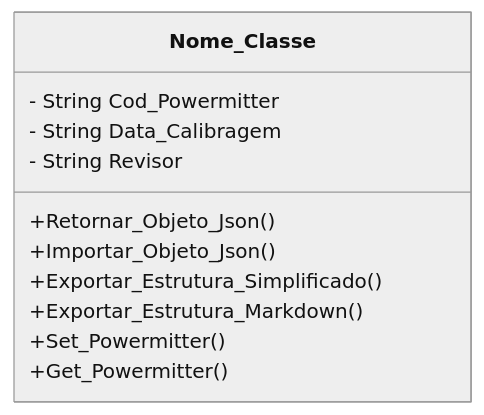
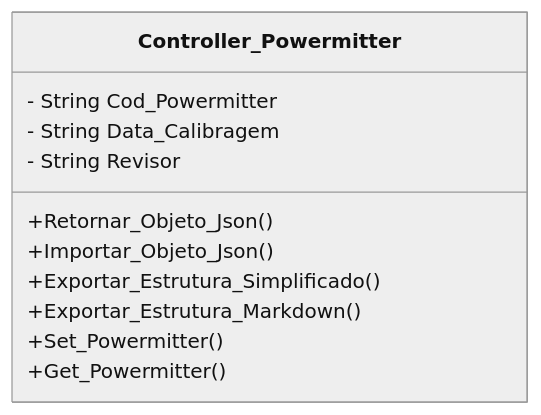
The diagram in DOCUMENTOS/Classe - Powermitter.md (ETECC-Telecom/ValtObsidian-Script-Moto), drawn with Mermaid (neutral theme) before and after one commit. The commit also changed 8 other files, not shown here.

````diff
--- a/DOCUMENTOS/Classe - Powermitter.md
+++ b/DOCUMENTOS/Classe - Powermitter.md
@@ -48,16 +48,16 @@
 ```mermaid
 classDiagram
-    class Nome_Classe{
+    class Controller_Powermitter{
 		- String Cod_Powermitter
 		- String Data_Calibragem
 		- String Revisor
       
 		+Retornar_Objeto_Json()
 		+Importar_Objeto_Json()
 		+Exportar_Estrutura_Simplificado()
 		+Exportar_Estrutura_Markdown()
 		
 		+Set_Powermitter()
 		+Get_Powermitter()
     }
 ```
````
